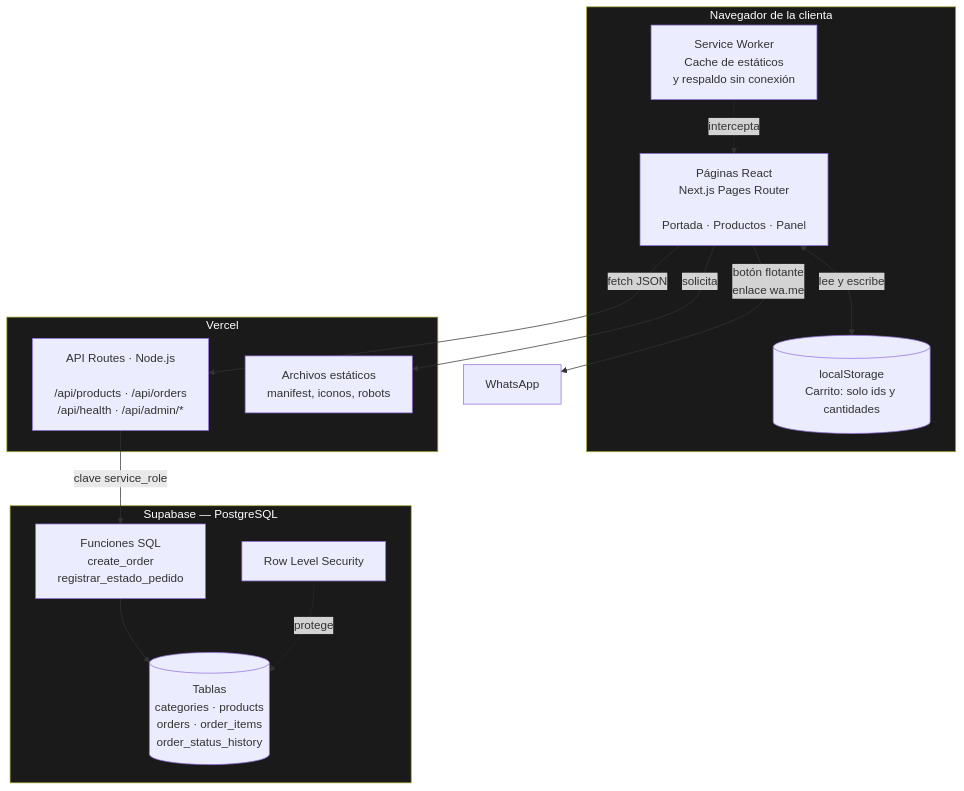
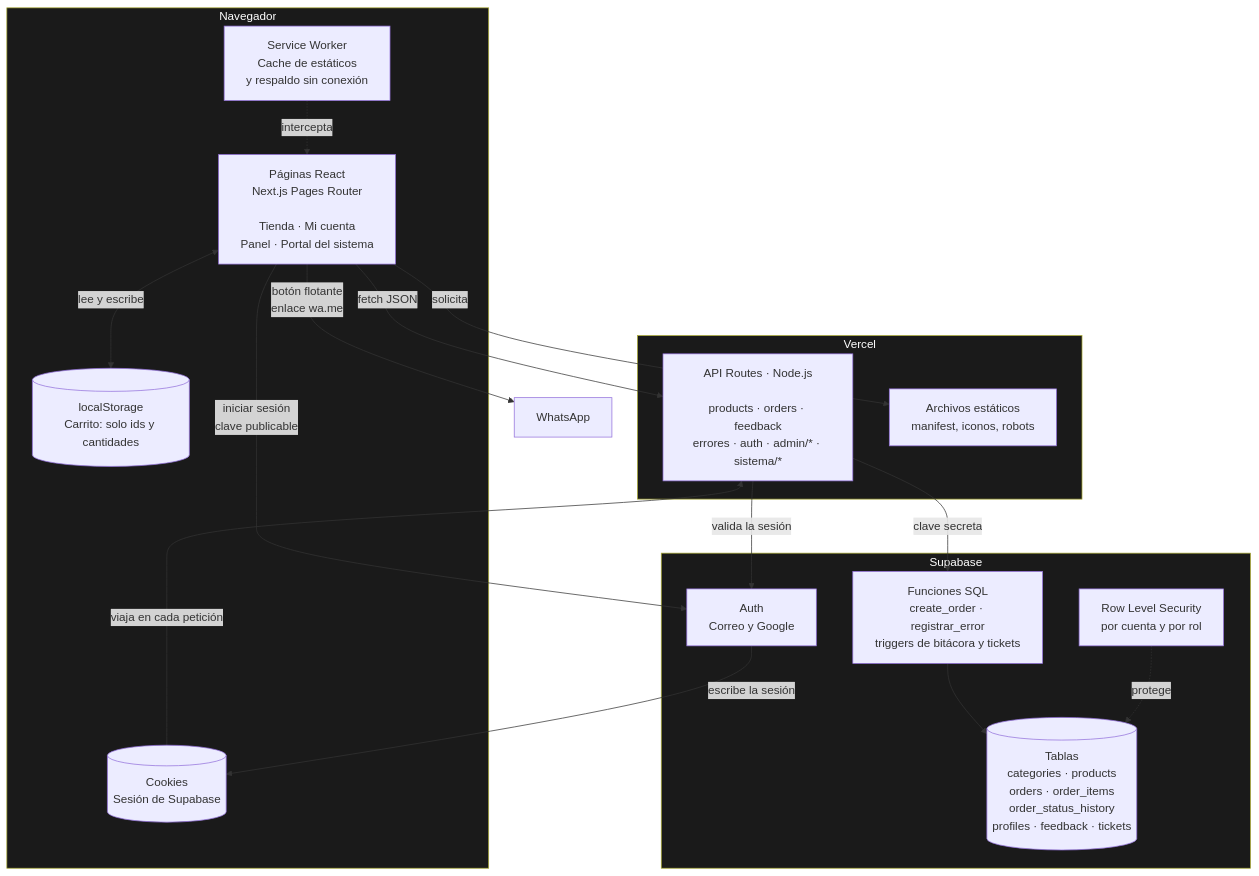
Before and after one commit to Alejandro-Paz05/Proyecto_ISW2: the second of 7 diagrams in docs/arquitectura.md, drawn with Mermaid. The commit also changed other lines of this file and 3 other files, not shown here.

````diff
--- a/docs/arquitectura.md
+++ b/docs/arquitectura.md
@@ -48,34 +54,40 @@
 ```mermaid
 flowchart TB
-    subgraph navegador["Navegador de la clienta"]
-        spa["Páginas React<br/>Next.js Pages Router<br/><br/>Portada · Productos · Panel"]
+    subgraph navegador["Navegador"]
+        spa["Páginas React<br/>Next.js Pages Router<br/><br/>Tienda · Mi cuenta<br/>Panel · Portal del sistema"]
         sw["Service Worker<br/>Cache de estáticos<br/>y respaldo sin conexión"]
         ls[("localStorage<br/>Carrito: solo ids y cantidades")]
+        cookie[("Cookies<br/>Sesión de Supabase")]
     end
 
     subgraph vercel["Vercel"]
-        api["API Routes · Node.js<br/><br/>/api/products · /api/orders<br/>/api/health · /api/admin/*"]
+        api["API Routes · Node.js<br/><br/>products · orders · feedback<br/>errores · auth · admin/* · sistema/*"]
         estaticos["Archivos estáticos<br/>manifest, iconos, robots"]
     end
 
-    subgraph supabase["Supabase — PostgreSQL"]
-        tablas[("Tablas<br/>categories · products<br/>orders · order_items<br/>order_status_history")]
-        funciones["Funciones SQL<br/>create_order<br/>registrar_estado_pedido"]
-        rls["Row Level Security"]
+    subgraph supabase["Supabase"]
+        auth["Auth<br/>Correo y Google"]
+        tablas[("Tablas<br/>categories · products<br/>orders · order_items<br/>order_status_history<br/>profiles · feedback · tickets")]
+        funciones["Funciones SQL<br/>create_order · registrar_error<br/>triggers de bitácora y tickets"]
+        rls["Row Level Security<br/>por cuenta y por rol"]
     end
 
     wa["WhatsApp"]
 
     spa -->|"fetch JSON"| api
     spa <-->|"lee y escribe"| ls
+    spa -->|"iniciar sesión<br/>clave publicable"| auth
+    auth -->|"escribe la sesión"| cookie
+    cookie -->|"viaja en cada petición"| api
     sw -.->|"intercepta"| spa
     spa -->|"solicita"| estaticos
     spa -->|"botón flotante<br/>enlace wa.me"| wa
-    api -->|"clave service_role"| funciones
+    api -->|"valida la sesión"| auth
+    api -->|"clave secreta"| funciones
     funciones --> tablas
     rls -.->|"protege"| tablas
 
     style navegador fill:#1a1a1a,color:#fff
     style vercel fill:#1a1a1a,color:#fff
     style supabase fill:#1a1a1a,color:#fff
 ```
````
